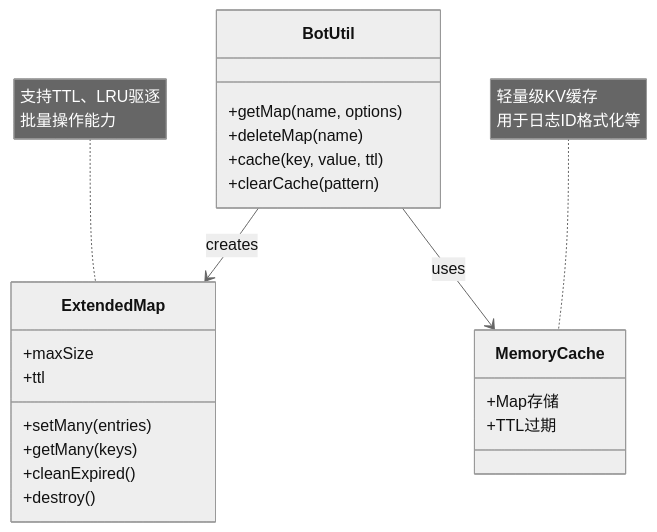
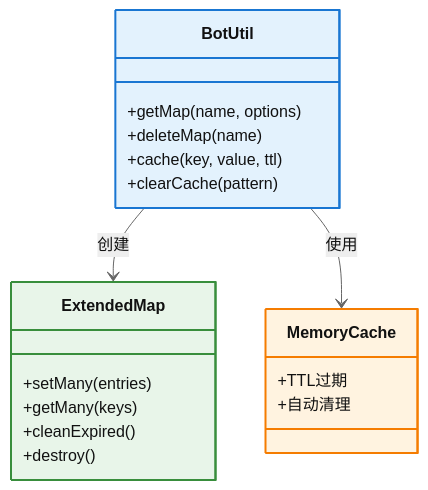
The diagram in docs/botutil.md (sunflowermm/XRK-AGT), drawn with Mermaid (neutral theme) before and after one commit. The commit also changed other lines of this file and 19 other files, not shown here.

````diff
--- a/docs/botutil.md
+++ b/docs/botutil.md
@@ -35,29 +48,28 @@
 ```mermaid
 classDiagram
     class BotUtil {
         +getMap(name, options)
         +deleteMap(name)
         +cache(key, value, ttl)
         +clearCache(pattern)
     }
     
     class ExtendedMap {
         +setMany(entries)
         +getMany(keys)
         +cleanExpired()
         +destroy()
-        +maxSize
-        +ttl
     }
     
     class MemoryCache {
-        +Map存储
         +TTL过期
+        +自动清理
     }
     
-    BotUtil --> ExtendedMap : creates
-    BotUtil --> MemoryCache : uses
+    BotUtil --> ExtendedMap : 创建
+    BotUtil --> MemoryCache : 使用
     
-    note for ExtendedMap "支持TTL、LRU驱逐<br/>批量操作能力"
-    note for MemoryCache "轻量级KV缓存<br/>用于日志ID格式化等"
+    style BotUtil fill:#E3F2FD,stroke:#1976D2,stroke-width:2px
+    style ExtendedMap fill:#E8F5E9,stroke:#388E3C,stroke-width:2px
+    style MemoryCache fill:#FFF3E0,stroke:#F57C00,stroke-width:2px
 ```
````
